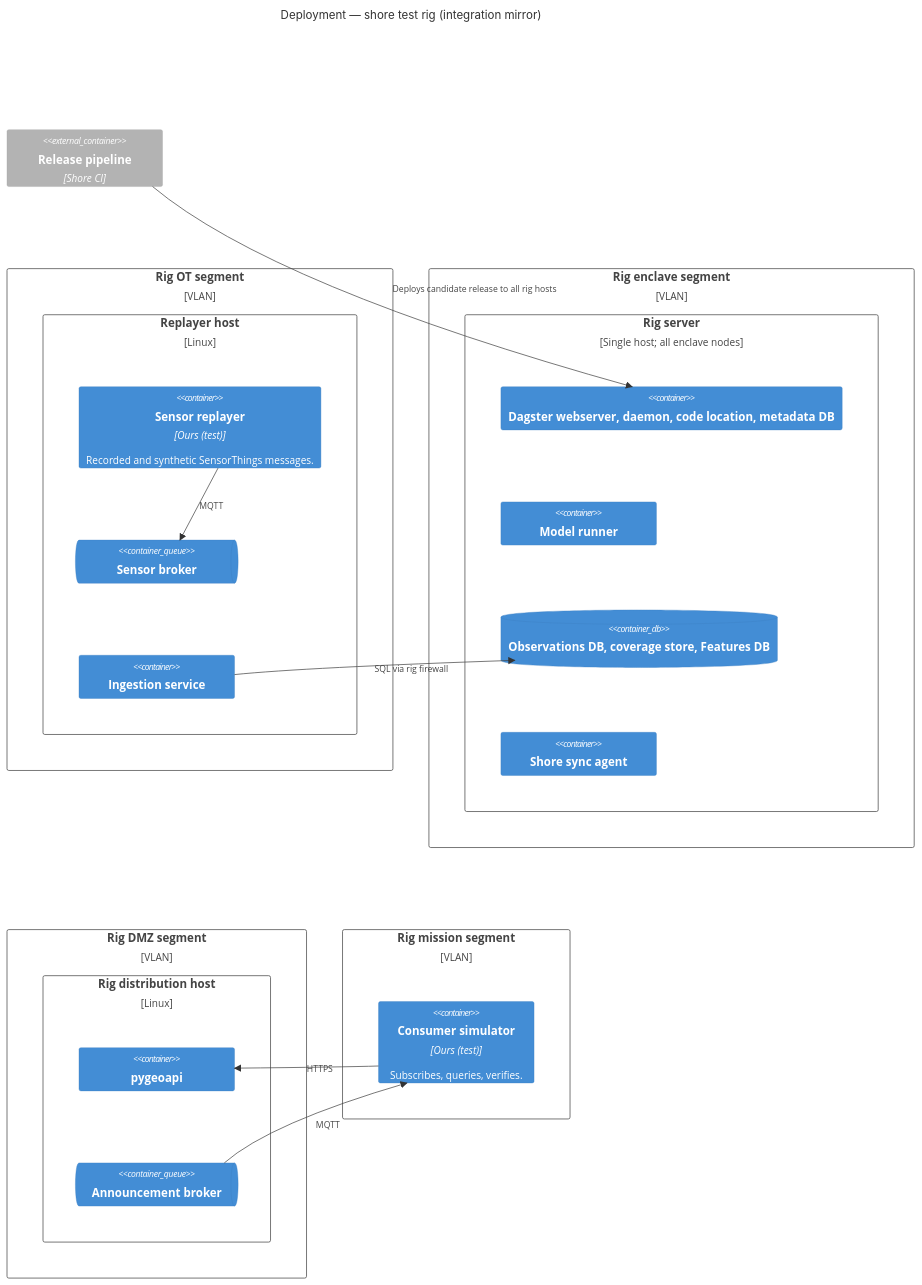
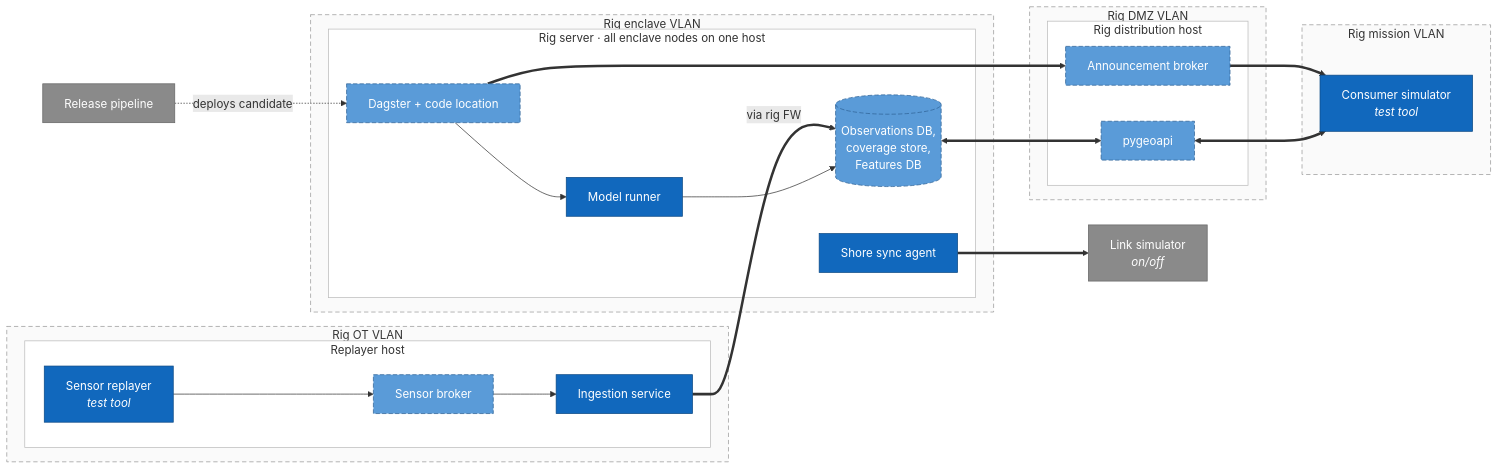
One commit to DeepBlueCLtd/argonautical changed the tenth of 10 diagrams in docs/c4-model.md. Above: the diagram before and after it, drawn with Mermaid. The commit also changed other lines of this file, not shown here.

First line of the commit message:
Redraw C4 diagrams as styled Mermaid flowcharts and sequence diagrams

````diff
--- a/docs/c4-model.md
+++ b/docs/c4-model.md
@@ -431,42 +433,47 @@
 ```mermaid
-C4Deployment
-  title Deployment — shore test rig (integration mirror)
+flowchart LR
+  rel["Release pipeline"]:::ext
+  subgraph ROT["Rig OT VLAN"]
+    subgraph RPL["Replayer host"]
+      rep["Sensor replayer<br/><i>test tool</i>"]:::ours
+      sbrk["Sensor broker"]:::adopted
+      ing["Ingestion service"]:::ours
+    end
+  end
+  subgraph RENC["Rig enclave VLAN"]
+    subgraph RSRV["Rig server · all enclave nodes on one host"]
+      orchs["Dagster + code location"]:::adopted
+      mr["Model runner"]:::ours
+      stores[("Observations DB,<br/>coverage store,<br/>Features DB")]:::adopted
+      sync["Shore sync agent"]:::ours
+    end
+  end
+  subgraph RDMZ["Rig DMZ VLAN"]
+    subgraph RDH["Rig distribution host"]
+      pga["pygeoapi"]:::adopted
+      brk["Announcement broker"]:::adopted
+    end
+  end
+  subgraph RMIS["Rig mission VLAN"]
+    csim["Consumer simulator<br/><i>test tool</i>"]:::ours
+  end
+  linksim["Link simulator<br/><i>on/off</i>"]:::ext
 
-  Deployment_Node(rot, "Rig OT segment", "VLAN") {
-    Deployment_Node(rpl, "Replayer host", "Linux") {
-      Container(rep, "Sensor replayer", "Ours (test)", "Recorded and synthetic SensorThings messages.")
-      ContainerQueue(sbrk, "Sensor broker")
-      Container(ing, "Ingestion service")
-    }
-  }
-
-  Deployment_Node(renc, "Rig enclave segment", "VLAN") {
-    Deployment_Node(rsrv, "Rig server", "Single host; all enclave nodes") {
-      Container(orchs, "Dagster webserver, daemon, code location, metadata DB")
-      Container(mr, "Model runner")
-      ContainerDb(stores, "Observations DB, coverage store, Features DB")
-      Container(sync, "Shore sync agent")
-    }
-  }
-
-  Deployment_Node(rdmz, "Rig DMZ segment", "VLAN") {
-    Deployment_Node(rdist, "Rig distribution host", "Linux") {
-      Container(pga, "pygeoapi")
-      ContainerQueue(brk, "Announcement broker")
-    }
-  }
-
-  Deployment_Node(rmis, "Rig mission segment", "VLAN") {
-    Container(csim, "Consumer simulator", "Ours (test)", "Subscribes, queries, verifies.")
-  }
-
-  Container_Ext(rel, "Release pipeline", "Shore CI")
-
-  Rel(rep, sbrk, "MQTT")
-  Rel(ing, stores, "SQL via rig firewall")
-  Rel(brk, csim, "MQTT")
-  Rel(csim, pga, "HTTPS")
-  Rel(rel, orchs, "Deploys candidate release to all rig hosts")
-
-  UpdateLayoutConfig($c4ShapeInRow="2", $c4BoundaryInRow="2")
+  rel -.->|"deploys candidate"| orchs
+  rep --> sbrk --> ing
+  ing ==>|"via rig FW"| stores
+  orchs --> mr --> stores
+  orchs ==> brk
+  stores <==> pga
+  brk ==> csim
+  pga <==> csim
+  sync ==> linksim
+  class ROT,RENC,RDMZ,RMIS zone
+  class RPL,RSRV,RDH host
+  classDef person fill:#08427b,stroke:#052e56,color:#fff
+  classDef ours fill:#1168bd,stroke:#0b4884,color:#fff
+  classDef adopted fill:#5a9bd8,stroke:#2e6295,color:#fff,stroke-dasharray:6 3
+  classDef ext fill:#8a8a8a,stroke:#666,color:#fff
+  classDef zone fill:#fafafa,stroke:#999,stroke-dasharray:6 4,color:#333
+  classDef host fill:#fff,stroke:#bbb,color:#333
 ```
````
